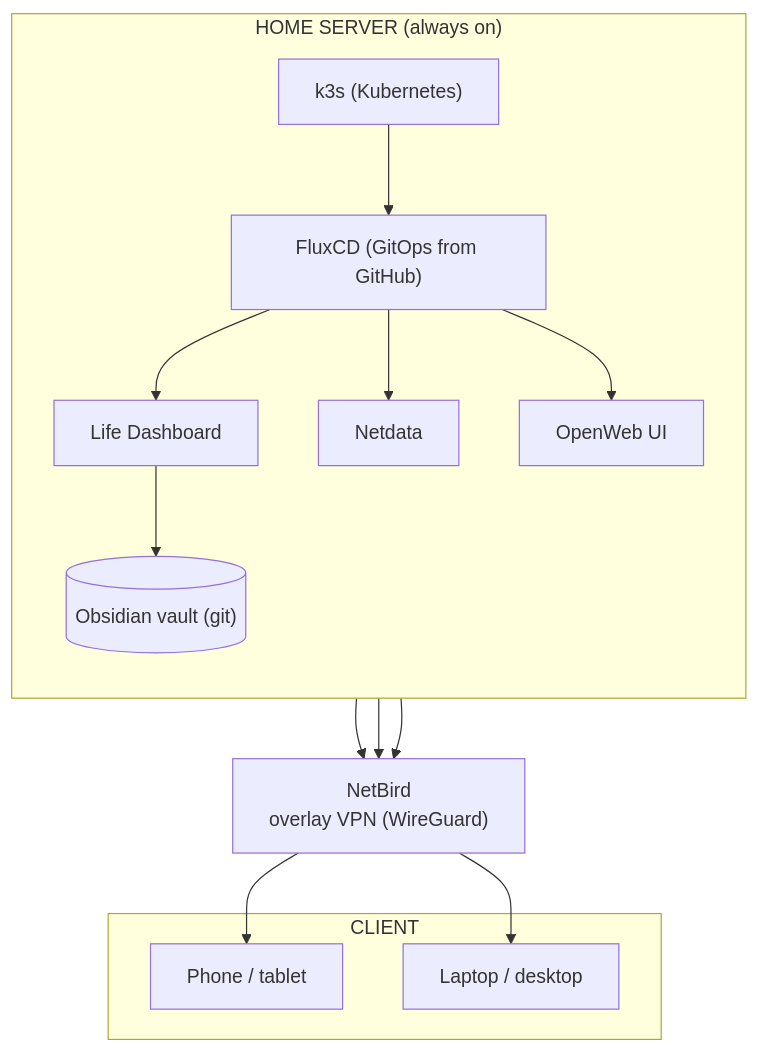
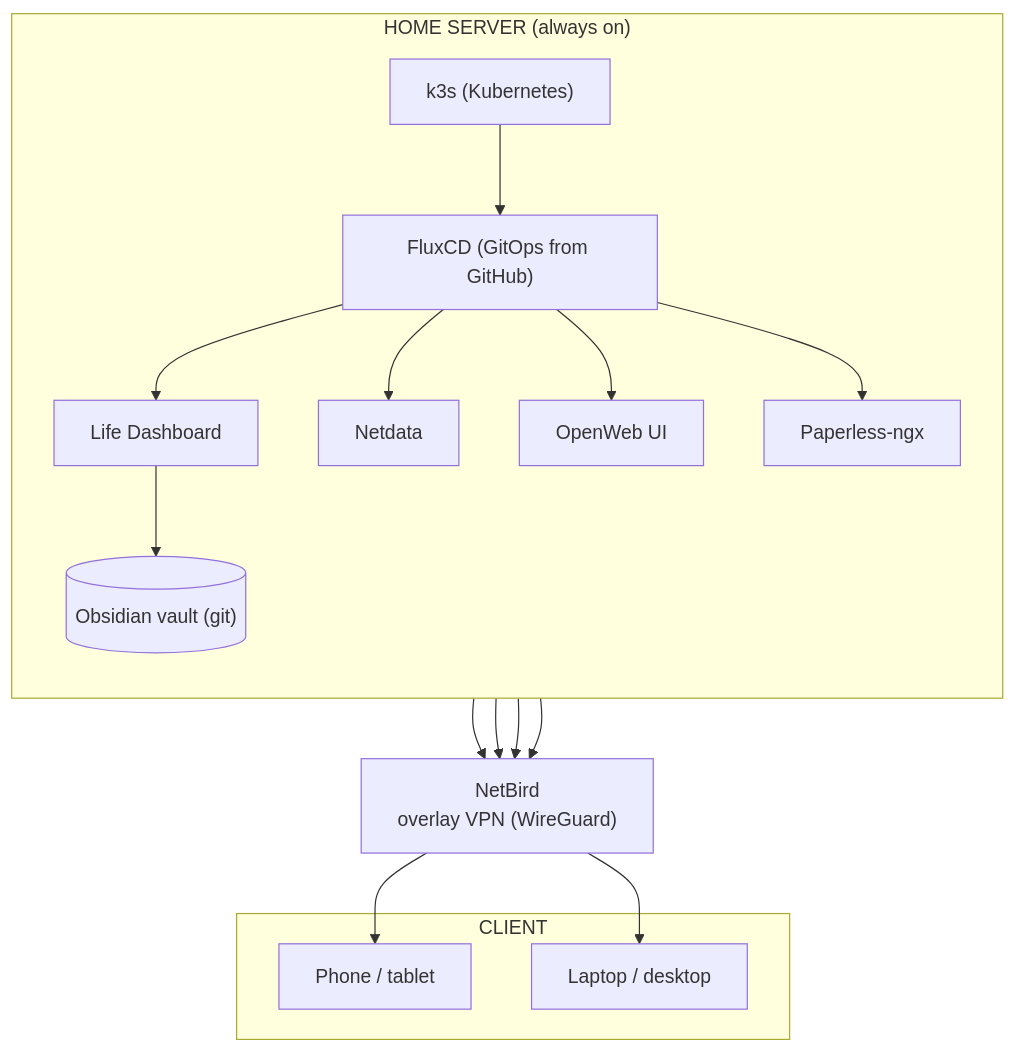
One commit to nicolasguarini/nicolasguarini changed the first of 3 diagrams in content/posts/a-self-hosted-stack-for-a-knowledge-base-monitoring-and-agents.md. Above: the diagram before and after it, drawn with Mermaid. The commit also changed other lines of this file, not shown here.

````diff
--- a/content/posts/a-self-hosted-stack-for-a-knowledge-base-monitoring-and-agents.md
+++ b/content/posts/a-self-hosted-stack-for-a-knowledge-base-monitoring-and-agents.md
@@ -16,30 +16,33 @@
 ```mermaid
 flowchart TB
     subgraph server["HOME SERVER (always on)"]
         direction TB
         k3s["k3s (Kubernetes)"]
         flux["FluxCD (GitOps from GitHub)"]
         dash["Life Dashboard"]
         netdata["Netdata"]
         webui["OpenWeb UI"]
+        paperless["Paperless-ngx"]
         vault[("Obsidian vault (git)")]
         k3s --> flux
         flux --> dash
         flux --> netdata
         flux --> webui
+        flux --> paperless
         dash --> vault
     end
 
     netbird["NetBird\noverlay VPN (WireGuard)"]
 
     subgraph client["CLIENT"]
         mobile["Phone / tablet"]
         laptop["Laptop / desktop"]
     end
 
     dash --> netbird
     netdata --> netbird
     webui --> netbird
+    paperless --> netbird
     netbird --> mobile
     netbird --> laptop
 ```
````
